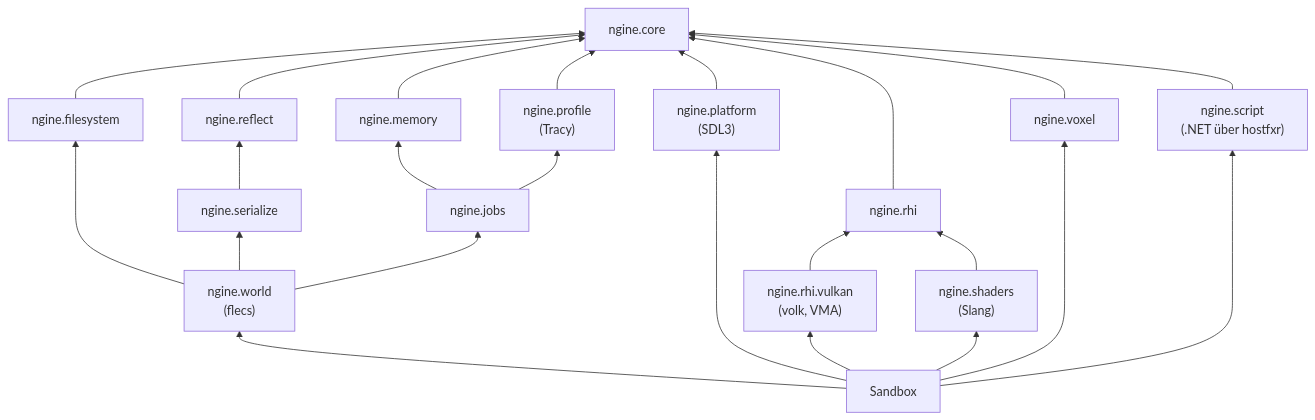
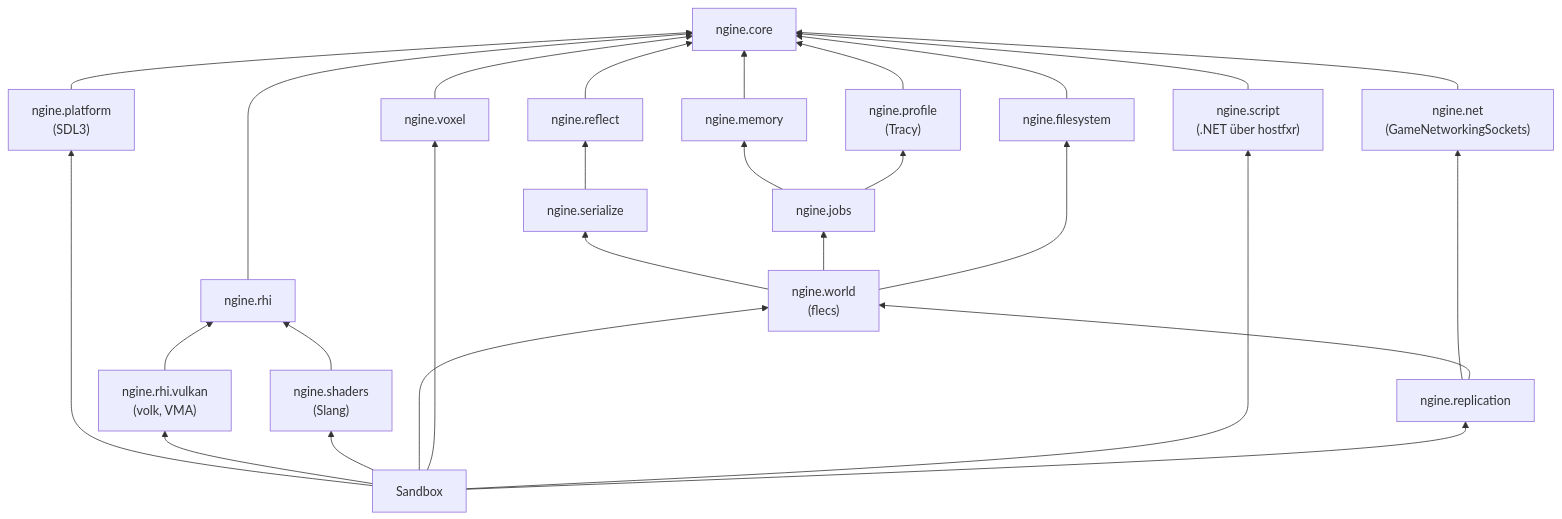
Before and after one commit to viiez/ngine: the second of 9 diagrams in docs/architecture.md, drawn with Mermaid. The commit also changed other lines of this file and 30 other files, not shown here.

First line of the commit message:
D3: Durchstich Netzwerk mit GameNetworkingSockets und Replikation

````diff
--- a/docs/architecture.md
+++ b/docs/architecture.md
@@ -44,40 +47,46 @@
 ```mermaid
 flowchart BT
     core["ngine.core"]
     memory["ngine.memory"]
     jobs["ngine.jobs"]
     profile["ngine.profile<br/>(Tracy)"]
     platform["ngine.platform<br/>(SDL3)"]
     rhi["ngine.rhi"]
     vulkan["ngine.rhi.vulkan<br/>(volk, VMA)"]
     shaders["ngine.shaders<br/>(Slang)"]
     fs["ngine.filesystem"]
     reflect["ngine.reflect"]
     serialize["ngine.serialize"]
     world["ngine.world<br/>(flecs)"]
     voxel["ngine.voxel"]
     script["ngine.script<br/>(.NET über hostfxr)"]
+    net["ngine.net<br/>(GameNetworkingSockets)"]
+    replication["ngine.replication"]
     sandbox["Sandbox"]
     fs --> core
     reflect --> core
     serialize --> reflect
     world --> serialize
     world --> jobs
     world --> fs
     memory --> core
     jobs --> memory
     jobs --> profile
     profile --> core
     platform --> core
     rhi --> core
     vulkan --> rhi
     shaders --> rhi
     sandbox --> platform
     sandbox --> vulkan
     sandbox --> shaders
     sandbox --> world
     voxel --> core
     sandbox --> voxel
     script --> core
     sandbox --> script
+    net --> core
+    replication --> net
+    replication --> world
+    sandbox --> replication
 ```
````
